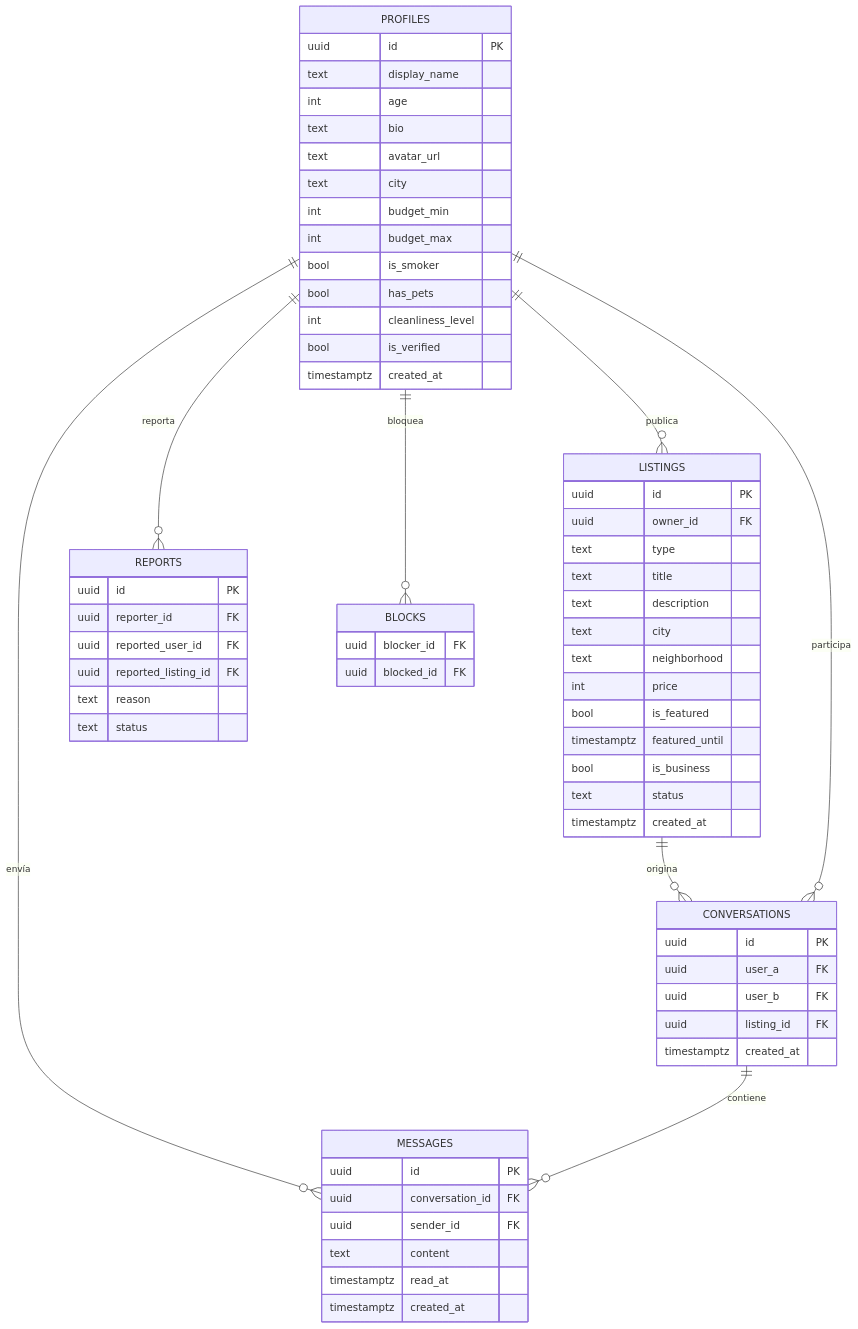
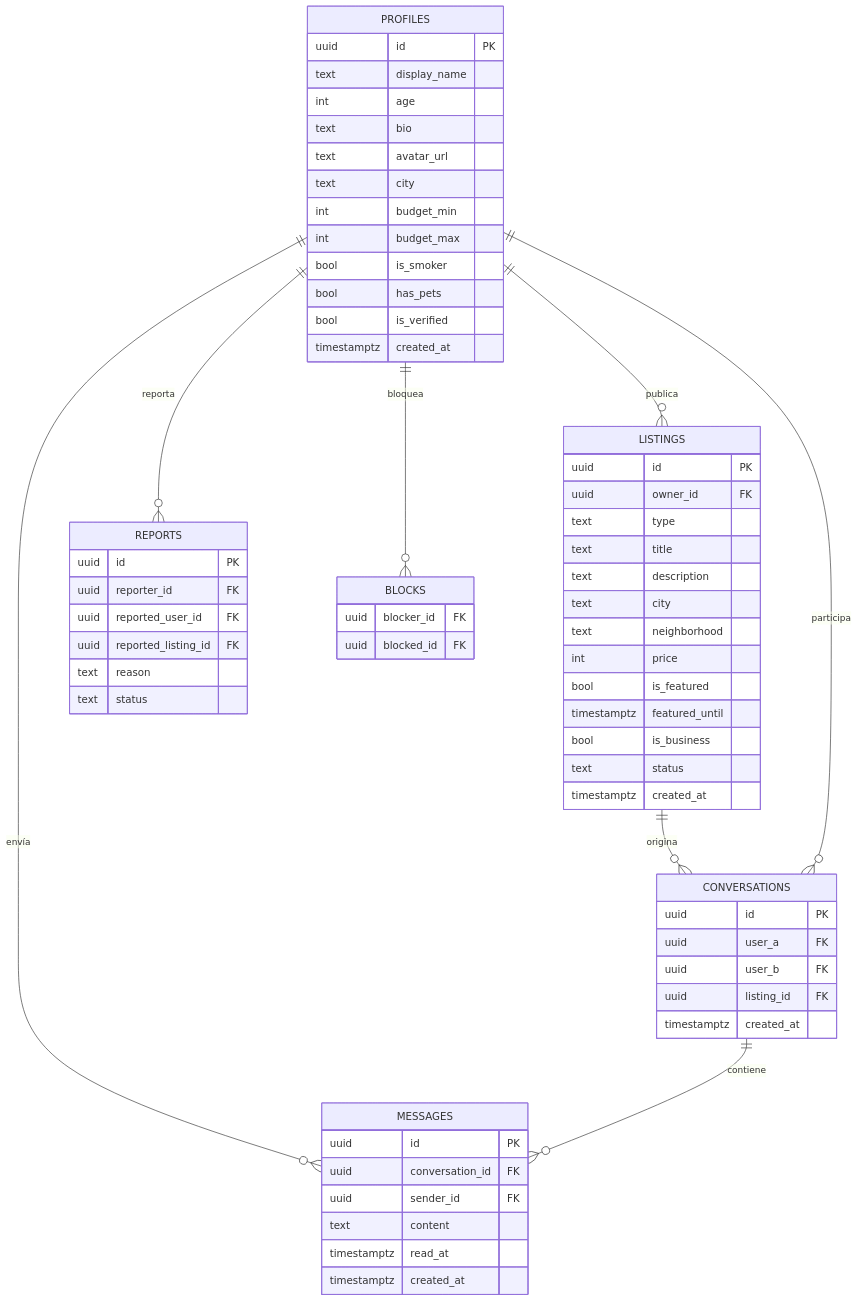
The diagram in docs/03-modelo-de-datos.md (Fern1x17/room2gether), drawn with Mermaid before and after one commit. The commit also changed 2 other files, not shown here.

Commit message:
docs: expand use cases and functional requirements
- Add CU-02 through CU-13 (login, delete account, edit/delete profile
  and listings, feed, chat, report/block, featured listings, agency
  listings), fixing a duplicate CU-04 number and a couple of inverted
  preconditions along the way.
- Add RF-12 (account deletion / right to be forgotten) and broaden
  RF-01/RF-05 wording to match the new use cases.
- Sync docs/03 data model notes with the schema as it evolves.

````diff
--- a/docs/03-modelo-de-datos.md
+++ b/docs/03-modelo-de-datos.md
@@ -7,73 +7,72 @@
 ```mermaid
 erDiagram
     PROFILES ||--o{ LISTINGS : "publica"
     PROFILES ||--o{ MESSAGES : "envía"
     PROFILES ||--o{ REPORTS : "reporta"
     LISTINGS ||--o{ CONVERSATIONS : "origina"
     CONVERSATIONS ||--o{ MESSAGES : "contiene"
     PROFILES ||--o{ CONVERSATIONS : "participa"
     PROFILES ||--o{ BLOCKS : "bloquea"
 
     PROFILES {
         uuid id PK
         text display_name
         int age
         text bio
         text avatar_url
         text city
         int budget_min
         int budget_max
         bool is_smoker
         bool has_pets
-        int cleanliness_level
         bool is_verified
         timestamptz created_at
     }
 
     LISTINGS {
         uuid id PK
         uuid owner_id FK
         text type
         text title
         text description
         text city
         text neighborhood
         int price
         bool is_featured
         timestamptz featured_until
         bool is_business
         text status
         timestamptz created_at
     }
 
     CONVERSATIONS {
         uuid id PK
         uuid user_a FK
         uuid user_b FK
         uuid listing_id FK
         timestamptz created_at
     }
 
     MESSAGES {
         uuid id PK
         uuid conversation_id FK
         uuid sender_id FK
         text content
         timestamptz read_at
         timestamptz created_at
     }
 
     REPORTS {
         uuid id PK
         uuid reporter_id FK
         uuid reported_user_id FK
         uuid reported_listing_id FK
         text reason
         text status
     }
 
     BLOCKS {
         uuid blocker_id FK
         uuid blocked_id FK
     }
 ```
````
